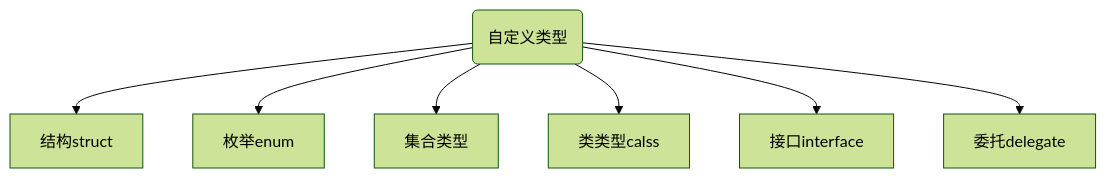
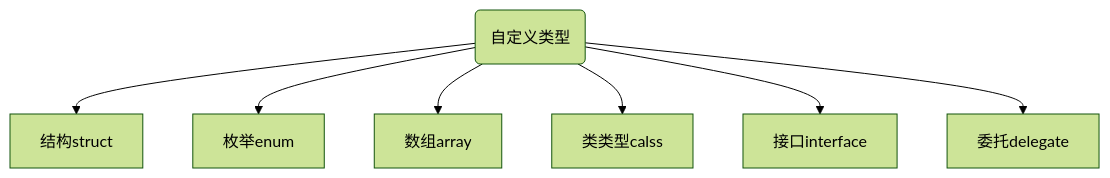
The third of 4 diagrams in Readme.md (xiaoYoc/CSharp-Learning-Notes-In-a-Nutshell), drawn with Mermaid (forest theme) before and after one commit. The commit also changed other lines of this file and 11 other files, not shown here.

````diff
--- a/Readme.md
+++ b/Readme.md
@@ -152,9 +179,9 @@
 ```mermaid
 flowchart TD
 A(自定义类型)--> 结构struct
 A --> 枚举enum
-A --> 集合类型
+A --> 数组array
 A --> 类类型calss
 A --> 接口interface
 A--> 委托delegate
 ```
````
